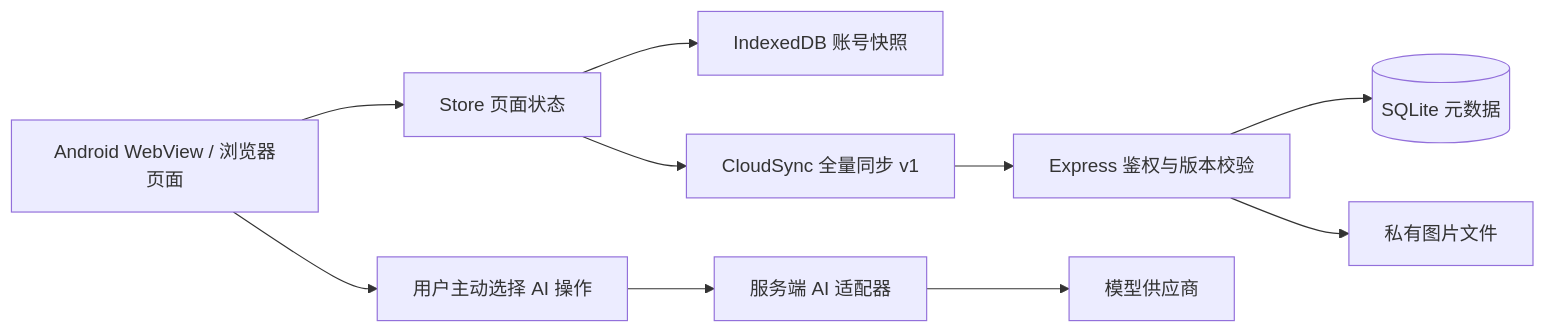
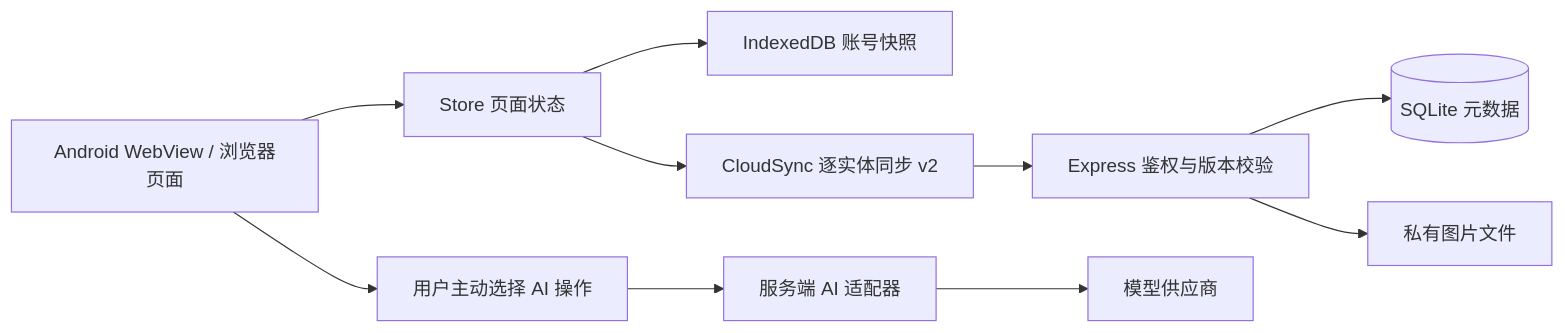
Before and after one commit to Pidan5243456/yixianzhi: the diagram in documents/core/tech-stack.md, drawn with Mermaid. The commit also changed other lines of this file and 70 other files, not shown here.

````diff
--- a/documents/core/tech-stack.md
+++ b/documents/core/tech-stack.md
@@ -22,12 +22,12 @@
 ```mermaid
 flowchart LR
   UI[Android WebView / 浏览器页面] --> Store[Store 页面状态]
   Store --> IDB[IndexedDB 账号快照]
-  Store --> Sync[CloudSync 全量同步 v1]
+  Store --> Sync[CloudSync 逐实体同步 v2]
   Sync --> API[Express 鉴权与版本校验]
   API --> DB[(SQLite 元数据)]
   API --> Media[私有图片文件]
   UI --> Explicit[用户主动选择 AI 操作]
   Explicit --> AI[服务端 AI 适配器]
   AI --> Provider[模型供应商]
 ```
````
